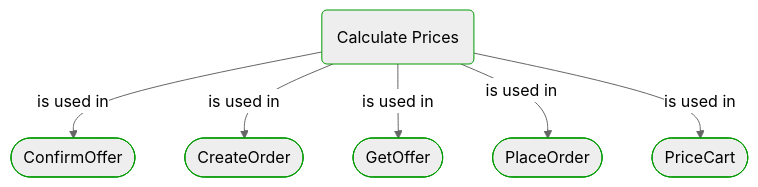
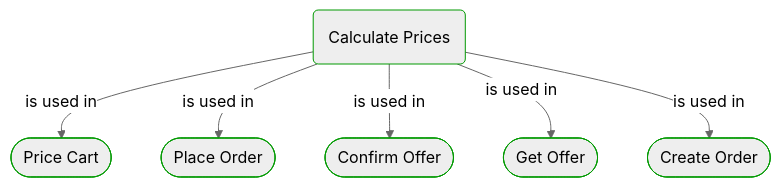
One commit to itlibrium/DDD-starter-dotnet changed the second of 2 diagrams in Docs/P3/MermaidOutput/Domain/Concepts/Sales/Pricing/CalculatePrices.md. Above: the diagram before and after it, drawn with Mermaid (neutral theme). The commit also changed other lines of this file and 51 other files, not shown here.

````diff
--- a/Docs/P3/MermaidOutput/Domain/Concepts/Sales/Pricing/CalculatePrices.md
+++ b/Docs/P3/MermaidOutput/Domain/Concepts/Sales/Pricing/CalculatePrices.md
@@ -87,23 +87,23 @@
 ```mermaid
   flowchart TB
     0(Calculate Prices)
     class 0 DomainPerspective
-    1([ConfirmOffer])
+    1([Price Cart])
     class 1 DomainPerspective
     0-->|is used in|1
-    2([CreateOrder])
+    2([Place Order])
     class 2 DomainPerspective
     0-->|is used in|2
-    3([GetOffer])
+    3([Confirm Offer])
     class 3 DomainPerspective
     0-->|is used in|3
-    4([PlaceOrder])
+    4([Get Offer])
     class 4 DomainPerspective
     0-->|is used in|4
-    5([PriceCart])
+    5([Create Order])
     class 5 DomainPerspective
     0-->|is used in|5
     classDef DomainPerspective stroke:#009900
     classDef TechnologyPerspective stroke:#1F41EB
     classDef PeoplePerspective stroke:#FFF014
 ```
````
